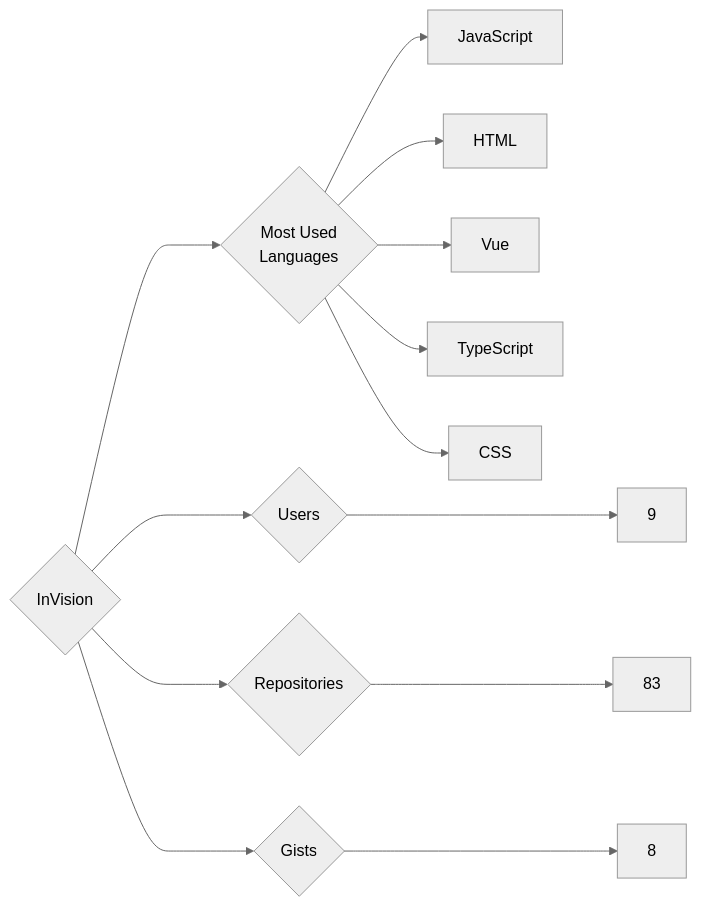
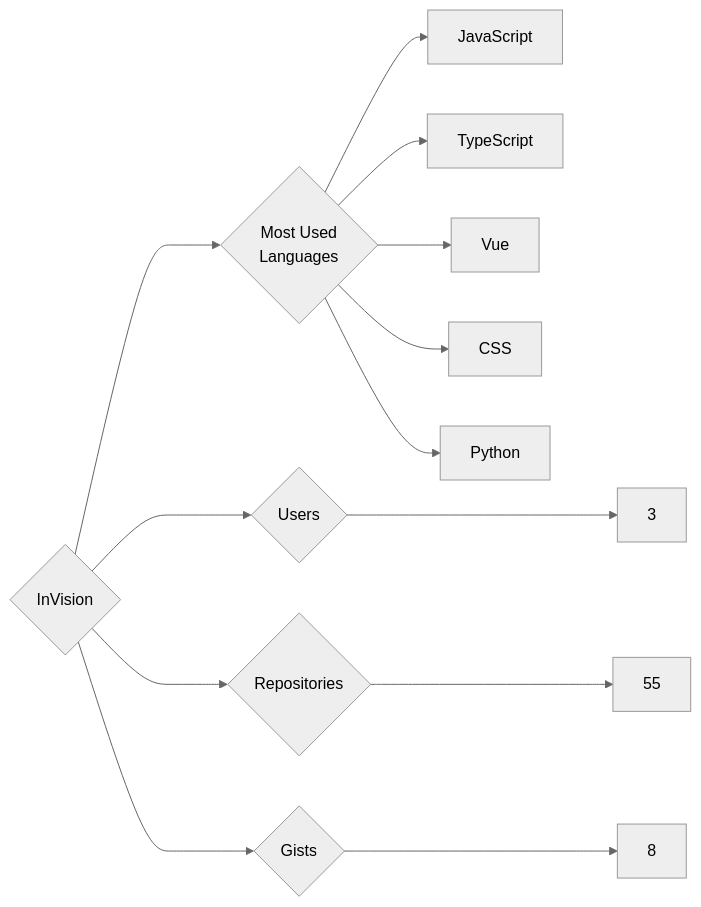
Before and after one commit to trickest/insiders: the diagram in targets/InVision/README.md, drawn with Mermaid (neutral theme). The commit also changed 611 other files, not shown here.

````diff
--- a/targets/InVision/README.md
+++ b/targets/InVision/README.md
@@ -3,13 +3,13 @@
 ```mermaid
 graph LR
 COMPANY_NAME{InVision}
-COMPANY_NAME ---> U{Users} ---> UN[9]
-COMPANY_NAME ---> R{Repositories} ---> RN[83]
+COMPANY_NAME ---> U{Users} ---> UN[3]
+COMPANY_NAME ---> R{Repositories} ---> RN[55]
 COMPANY_NAME ---> G{Gists} ---> GN[8]
 COMPANY_NAME ---> ML{Most Used<br>Languages}
 ML --> JavaScript[JavaScript]
-ML --> HTML[HTML]
+ML --> TypeScript[TypeScript]
 ML --> Vue[Vue]
-ML --> TypeScript[TypeScript]
 ML --> CSS[CSS]
+ML --> Python[Python]
 ```
````
